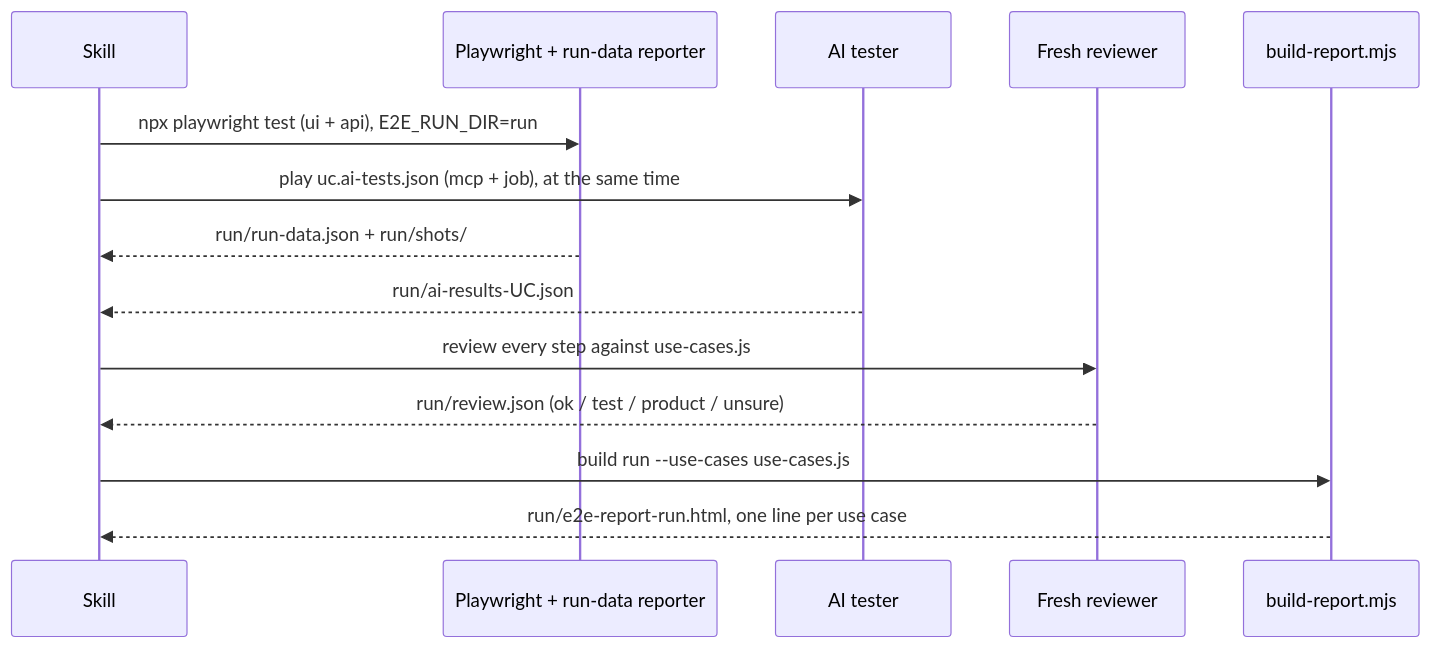
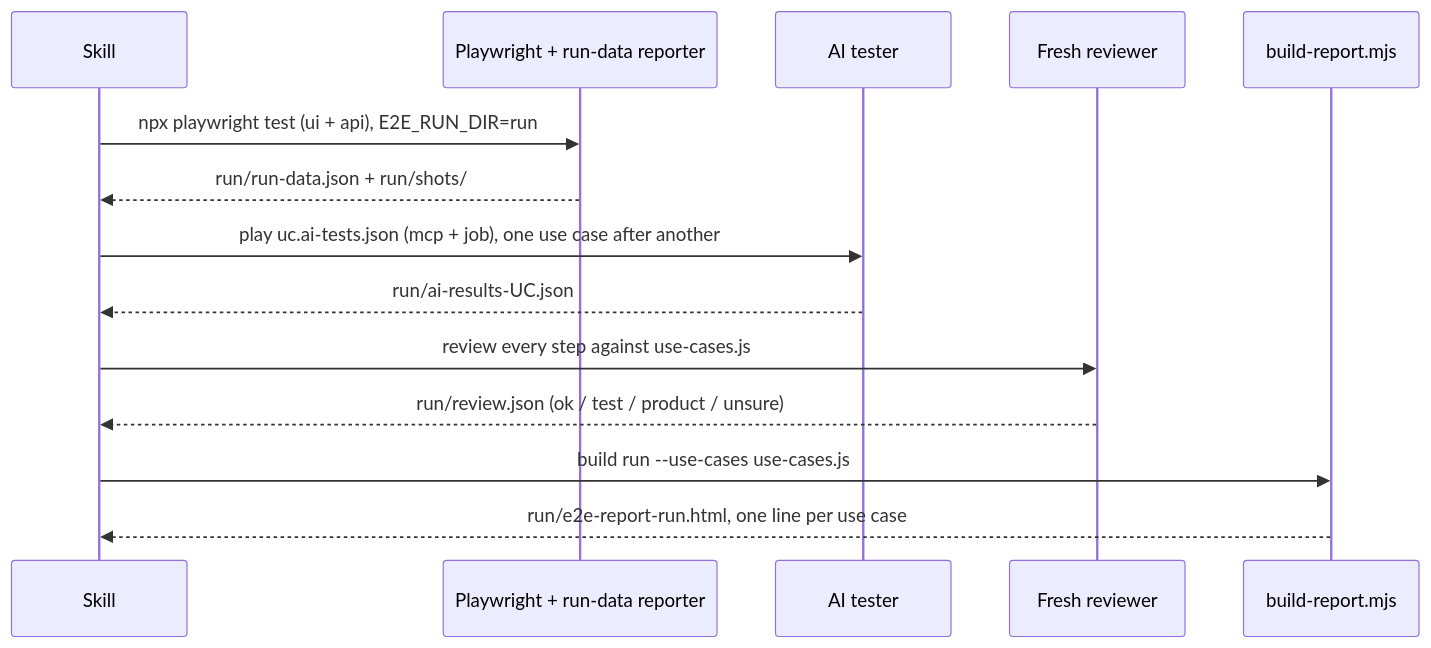
One commit to naphatwx/naphatwx-tools changed the second of 3 diagrams in plugins/naphatwx-tools/skills/e2e-test/README.md. Above: the diagram before and after it, drawn with Mermaid. The commit also changed other lines of this file and 12 other files, not shown here.

````diff
--- a/plugins/naphatwx-tools/skills/e2e-test/README.md
+++ b/plugins/naphatwx-tools/skills/e2e-test/README.md
@@ -59,16 +61,16 @@
 ```mermaid
 sequenceDiagram
     participant S as Skill
     participant P as Playwright + run-data reporter
     participant A as AI tester
     participant R as Fresh reviewer
     participant B as build-report.mjs
     S->>P: npx playwright test (ui + api), E2E_RUN_DIR=run
-    S->>A: play uc.ai-tests.json (mcp + job), at the same time
     P-->>S: run/run-data.json + run/shots/
+    S->>A: play uc.ai-tests.json (mcp + job), one use case after another
     A-->>S: run/ai-results-UC.json
     S->>R: review every step against use-cases.js
     R-->>S: run/review.json (ok / test / product / unsure)
     S->>B: build run --use-cases use-cases.js
     B-->>S: run/e2e-report-run.html, one line per use case
 ```
````
